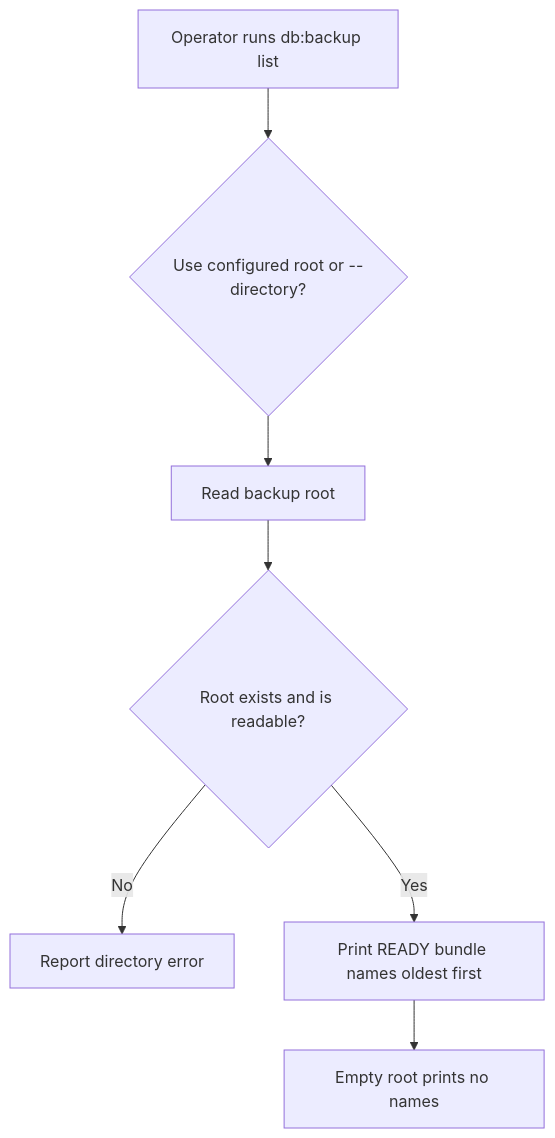
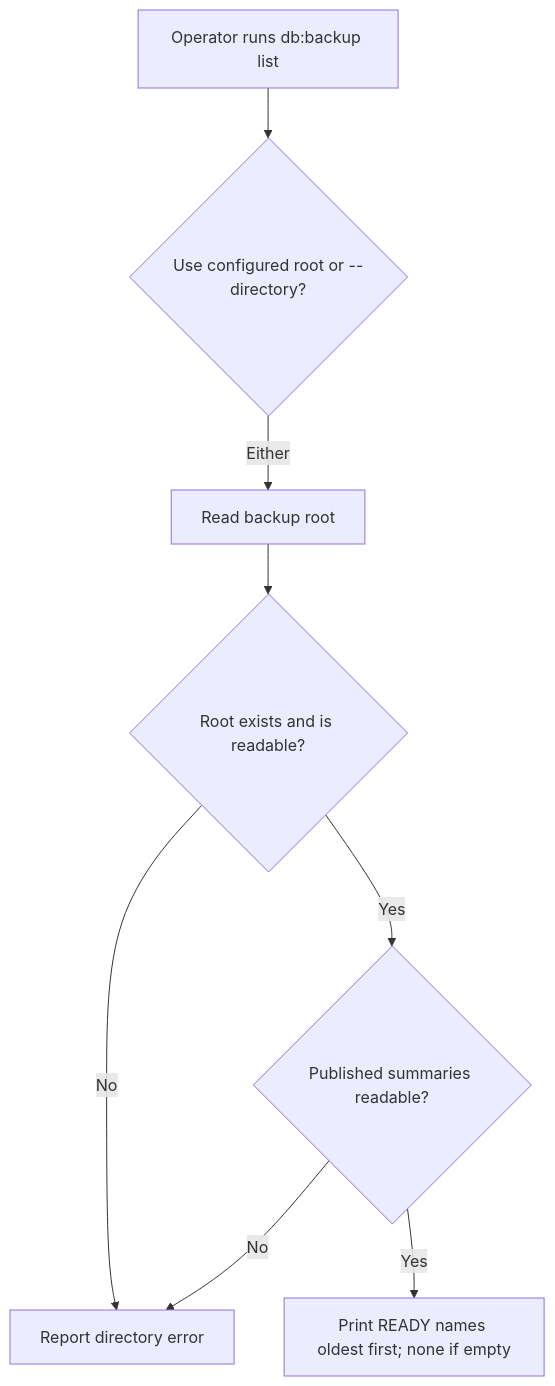
One commit to Kevinjohn/oss-adonisjs-sqlite-backup changed the first of 2 diagrams in user-stories/list-bundles/us-op-02-list-bundles.md. Above: the diagram before and after it, drawn with Mermaid. The commit also changed other lines of this file and 12 other files, not shown here.

````diff
--- a/user-stories/list-bundles/us-op-02-list-bundles.md
+++ b/user-stories/list-bundles/us-op-02-list-bundles.md
@@ -24,9 +26,10 @@
 ```mermaid
 flowchart TD
     A["Operator runs db:backup list"] --> B{"Use configured root or --directory?"}
-    B --> C["Read backup root"]
+    B -->|Either| C["Read backup root"]
     C --> D{"Root exists and is readable?"}
     D -->|No| E["Report directory error"]
-    D -->|Yes| F["Print READY bundle names oldest first"]
-    F --> G["Empty root prints no names"]
+    D -->|Yes| F{"Published summaries readable?"}
+    F -->|No| E
+    F -->|Yes| G["Print READY names oldest first; none if empty"]
 ```
````
